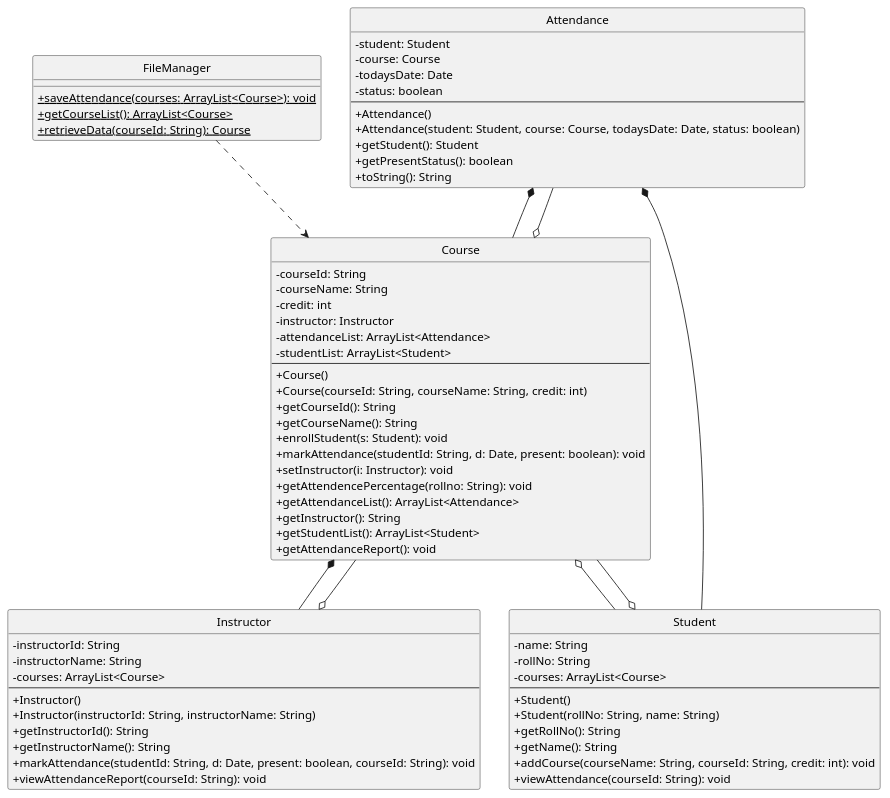
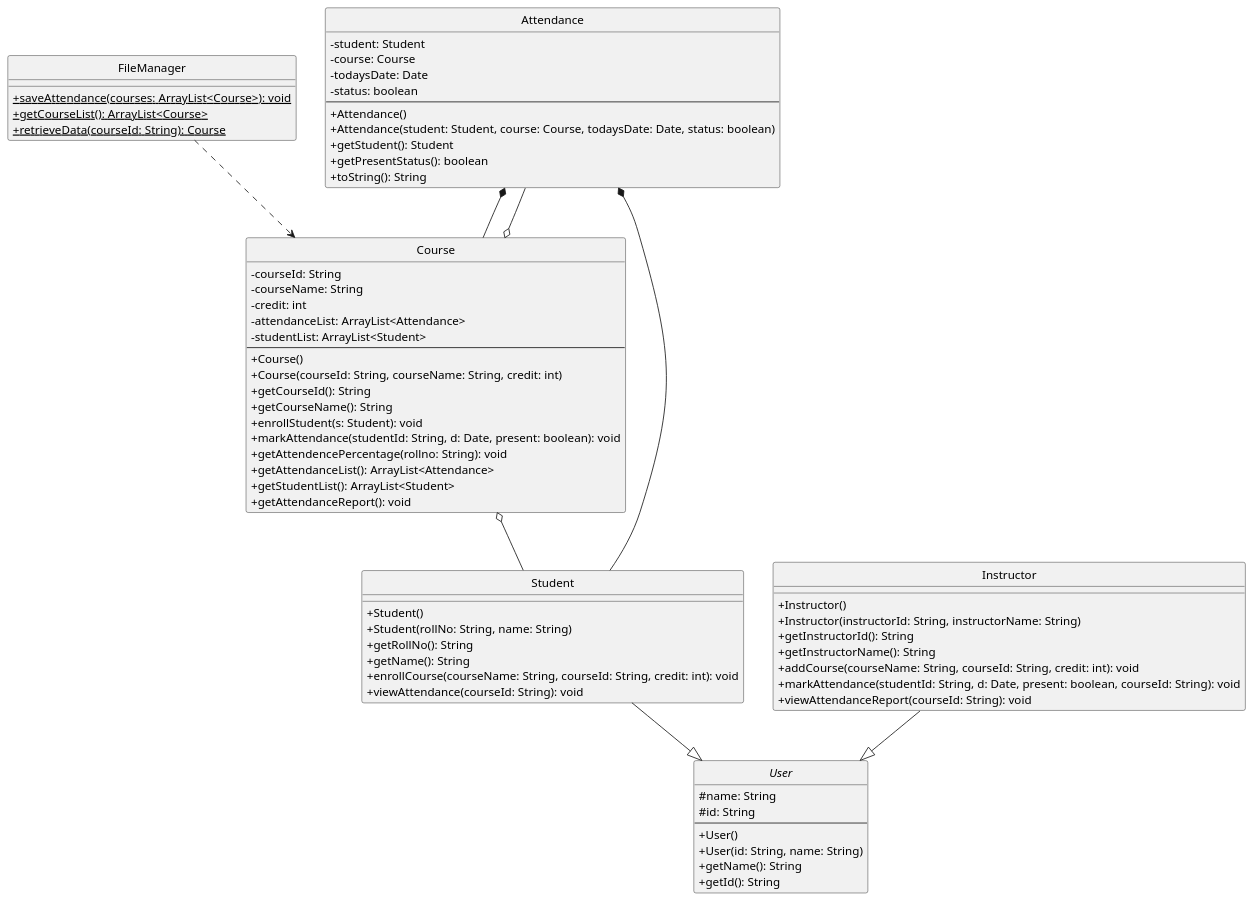
The diagram in output/attendance.puml (sriramrc-boop/AttendanceSystem), drawn with PlantUML before and after one commit. The commit also changed other lines of this file and 16 other files, not shown here.

```diff
--- a/output/attendance.puml
+++ b/output/attendance.puml
@@ -6,80 +6,79 @@
 @startuml
 skinparam classAttributeIconSize 0
 hide circle
 
 class Attendance {
   -student: Student
   -course: Course
   -todaysDate: Date
   -status: boolean
   --
   +Attendance()
   +Attendance(student: Student, course: Course, todaysDate: Date, status: boolean)
   +getStudent(): Student
   +getPresentStatus(): boolean
   +toString(): String
 }
 
 class Course {
   -courseId: String
   -courseName: String
   -credit: int
-  -instructor: Instructor
   -attendanceList: ArrayList<Attendance>
   -studentList: ArrayList<Student>
   --
   +Course()
   +Course(courseId: String, courseName: String, credit: int)
   +getCourseId(): String
   +getCourseName(): String
   +enrollStudent(s: Student): void
   +markAttendance(studentId: String, d: Date, present: boolean): void
-  +setInstructor(i: Instructor): void
   +getAttendencePercentage(rollno: String): void
   +getAttendanceList(): ArrayList<Attendance>
-  +getInstructor(): String
   +getStudentList(): ArrayList<Student>
   +getAttendanceReport(): void
 }
 
 class FileManager {
   +{static} saveAttendance(courses: ArrayList<Course>): void
   +{static} getCourseList(): ArrayList<Course>
   +{static} retrieveData(courseId: String): Course
 }
 
 class Instructor {
-  -instructorId: String
-  -instructorName: String
-  -courses: ArrayList<Course>
-  --
   +Instructor()
   +Instructor(instructorId: String, instructorName: String)
   +getInstructorId(): String
   +getInstructorName(): String
+  +addCourse(courseName: String, courseId: String, credit: int): void
   +markAttendance(studentId: String, d: Date, present: boolean, courseId: String): void
   +viewAttendanceReport(courseId: String): void
 }
 
 class Student {
-  -name: String
-  -rollNo: String
-  -courses: ArrayList<Course>
-  --
   +Student()
   +Student(rollNo: String, name: String)
   +getRollNo(): String
   +getName(): String
-  +addCourse(courseName: String, courseId: String, credit: int): void
+  +enrollCourse(courseName: String, courseId: String, credit: int): void
   +viewAttendance(courseId: String): void
+}
+
+abstract class User {
+  #name: String
+  #id: String
+  --
+  +User()
+  +User(id: String, name: String)
+  +getName(): String
+  +getId(): String
 }
 
 Attendance *-- Student
 Attendance *-- Course
-Course *-- Instructor
 Course o-- Attendance
 Course o-- Student
 FileManager ..> Course
-Instructor o-- Course
-Student o-- Course
+Instructor --|> User
+Student --|> User
 @enduml
```
